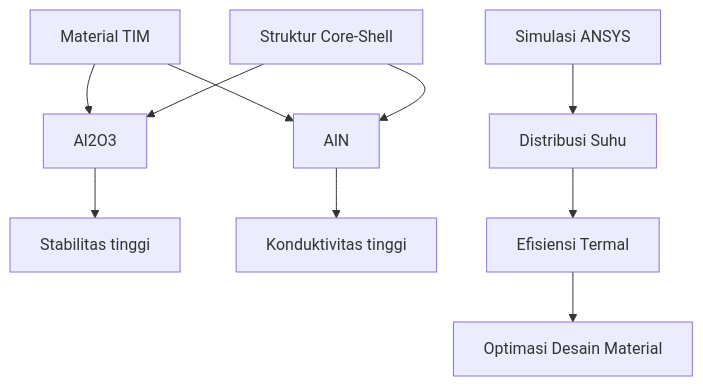
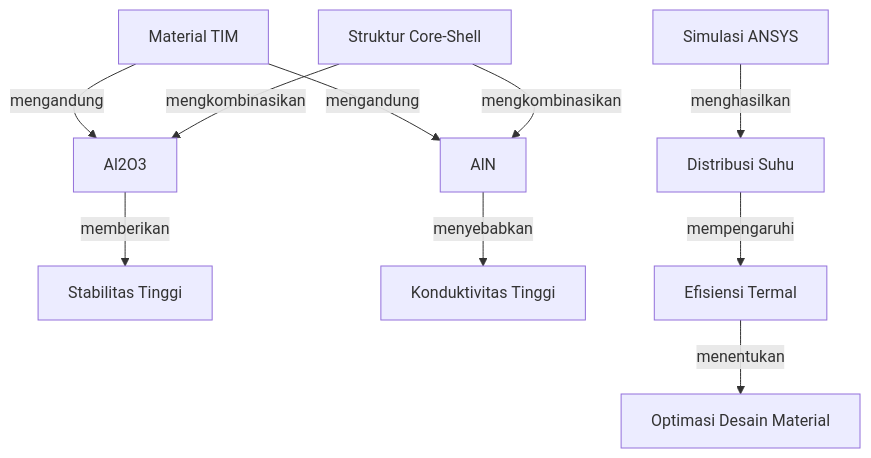
The diagram in Assignment_w11/slide 1_mind map and concept map/concept map.md (M-I-N-T-O/Machine-Learning-and-Artificial-Intelligence), drawn with Mermaid before and after one commit.

Commit message:
Update concept map.md

````diff
--- a/Assignment_w11/slide 1_mind map and concept map/concept map.md
+++ b/Assignment_w11/slide 1_mind map and concept map/concept map.md
@@ -1,13 +1,14 @@
 ```mermaid
 graph TD
-  A[Material TIM] --> B[Al2O3]
-  A --> C[AlN]
-  B --> D[Stabilitas tinggi]
-  C --> E[Konduktivitas tinggi]
-  F[Struktur Core-Shell] --> B
-  F --> C
-  G[Simulasi ANSYS] --> H[Distribusi Suhu]
-  H --> I[Efisiensi Termal]
-  I --> J[Optimasi Desain Material]
+  A[Material TIM] -->|mengandung| B[Al2O3]
+  A -->|mengandung| C[AlN]
+  B -->|memberikan| D[Stabilitas Tinggi]
+  C -->|menyebabkan| E[Konduktivitas Tinggi]
+  F[Struktur Core-Shell] -->|mengkombinasikan| B
+  F -->|mengkombinasikan| C
+  G[Simulasi ANSYS] -->|menghasilkan| H[Distribusi Suhu]
+  H -->|mempengaruhi| I[Efisiensi Termal]
+  I -->|menentukan| J[Optimasi Desain Material]
+
 
 ```
````
